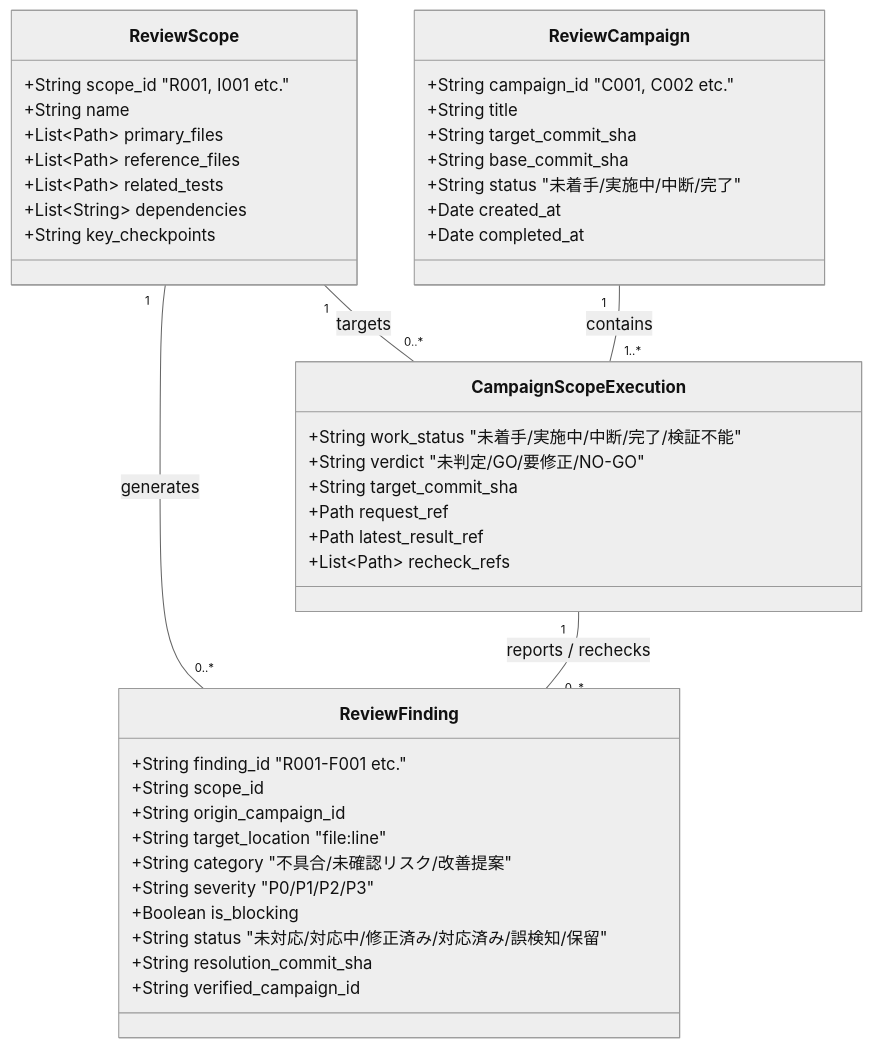
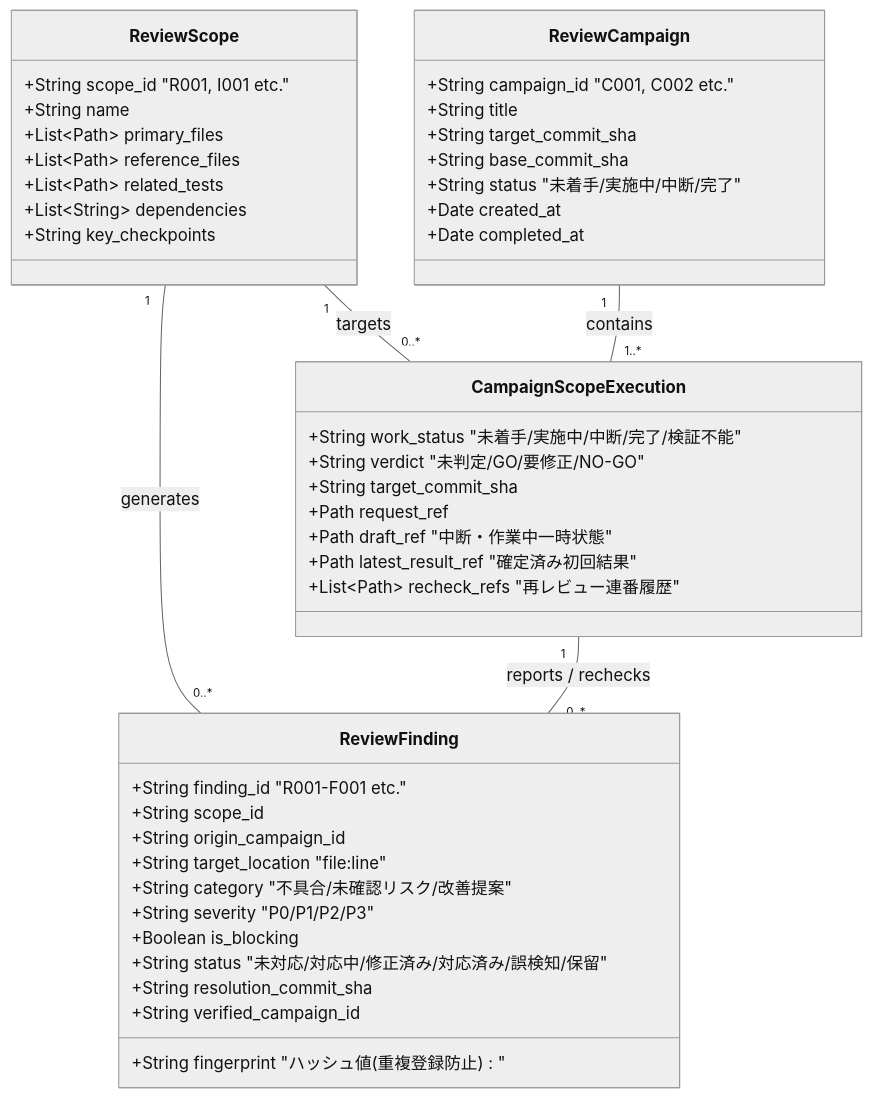
Before and after one commit to okinawa-systembit/herdr-orchestration: the first of 6 diagrams in docs/reviews/CONTINUOUS_REVIEW_DESIGN.md, drawn with Mermaid (neutral theme). The commit also changed other lines of this file and 2 other files, not shown here.

````diff
--- a/docs/reviews/CONTINUOUS_REVIEW_DESIGN.md
+++ b/docs/reviews/CONTINUOUS_REVIEW_DESIGN.md
@@ -105,50 +118,52 @@
 ```mermaid
 classDiagram
     direction TB
     class ReviewScope {
         +String scope_id "R001, I001 etc."
         +String name
         +List~Path~ primary_files
         +List~Path~ reference_files
         +List~Path~ related_tests
         +List~String~ dependencies
         +String key_checkpoints
     }
 
     class ReviewCampaign {
         +String campaign_id "C001, C002 etc."
         +String title
         +String target_commit_sha
         +String base_commit_sha
         +String status "未着手/実施中/中断/完了"
         +Date created_at
         +Date completed_at
     }
 
     class CampaignScopeExecution {
         +String work_status "未着手/実施中/中断/完了/検証不能"
         +String verdict "未判定/GO/要修正/NO-GO"
         +String target_commit_sha
         +Path request_ref
-        +Path latest_result_ref
-        +List~Path~ recheck_refs
+        +Path draft_ref "中断・作業中一時状態"
+        +Path latest_result_ref "確定済み初回結果"
+        +List~Path~ recheck_refs "再レビュー連番履歴"
     }
 
     class ReviewFinding {
         +String finding_id "R001-F001 etc."
         +String scope_id
         +String origin_campaign_id
         +String target_location "file:line"
+        +String fingerprint "ハッシュ値(重複登録防止)"
         +String category "不具合/未確認リスク/改善提案"
         +String severity "P0/P1/P2/P3"
         +Boolean is_blocking
         +String status "未対応/対応中/修正済み/対応済み/誤検知/保留"
         +String resolution_commit_sha
         +String verified_campaign_id
     }
 
     ReviewScope "1" -- "0..*" CampaignScopeExecution : targets
     ReviewCampaign "1" -- "1..*" CampaignScopeExecution : contains
     ReviewScope "1" -- "0..*" ReviewFinding : generates
     CampaignScopeExecution "1" -- "0..*" ReviewFinding : reports / rechecks
 ```
````
